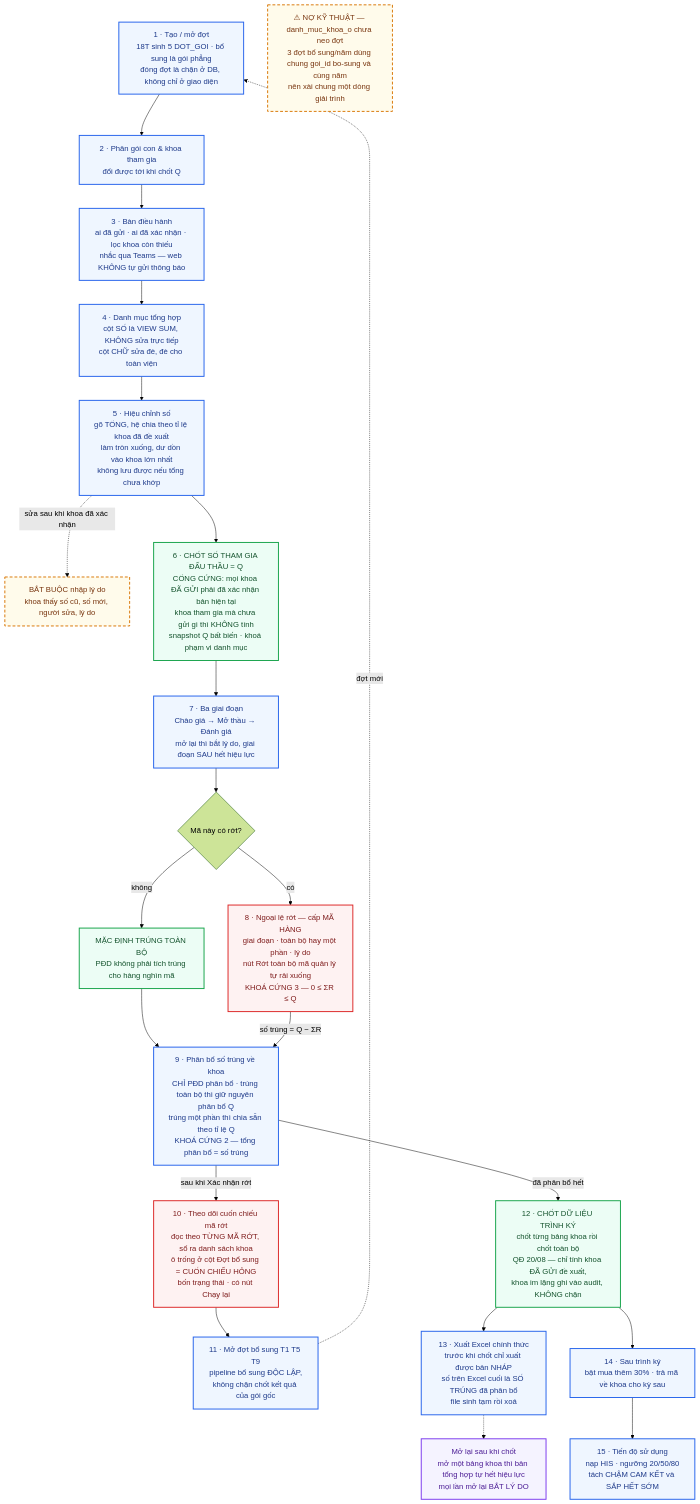
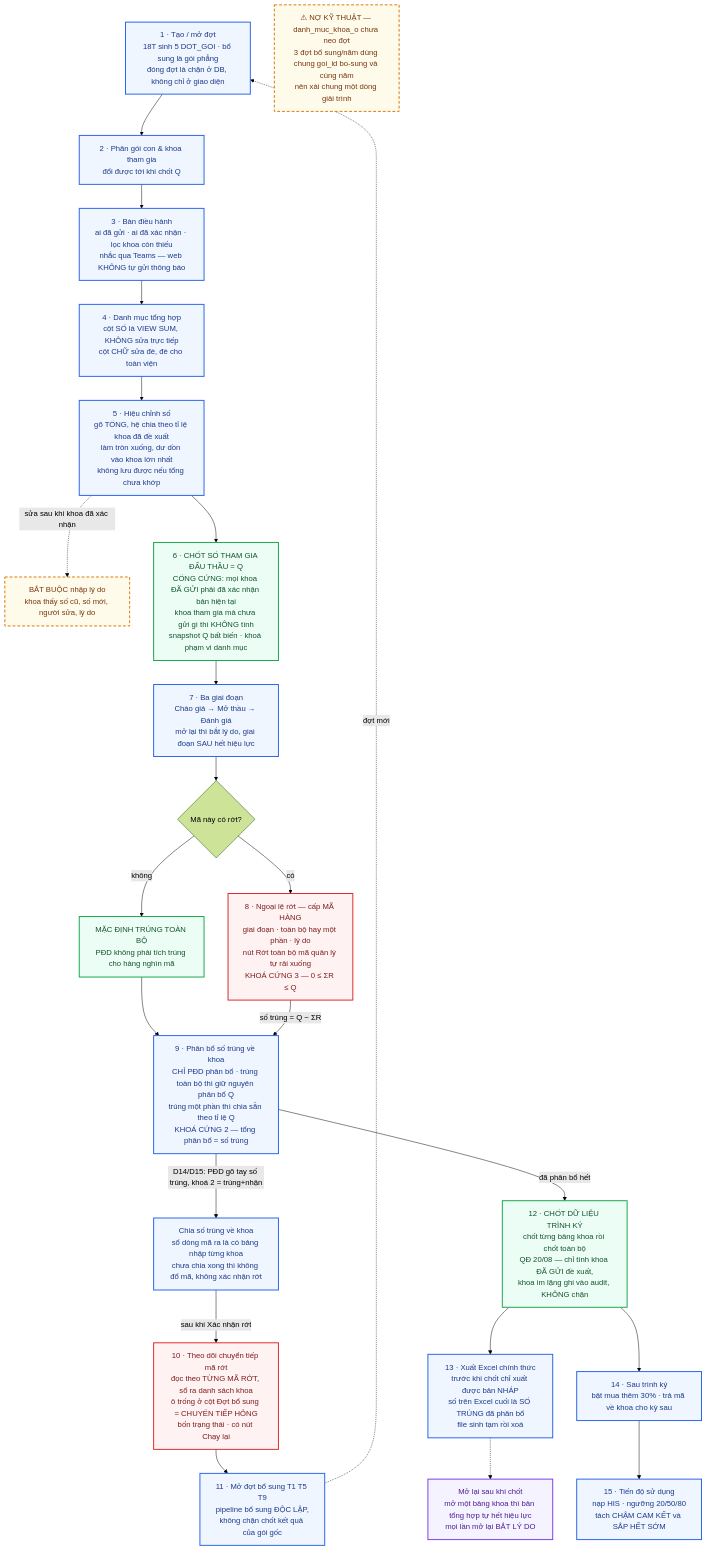
Before and after one commit to tranthanhan1626-boop/vtyt-umc: the diagram in Hướng dẫn build project/so-do-workflow/workflow-pdd.mmd, drawn with Mermaid (forest theme). The commit also changed 21 other files, not shown here.

First line of the commit message:
Đồng bộ toàn bộ tài liệu + vẽ lại sơ đồ theo D11-D15

```diff
--- a/Hướng dẫn build project/so-do-workflow/workflow-pdd.mmd
+++ b/Hướng dẫn build project/so-do-workflow/workflow-pdd.mmd
@@ -1,36 +1,37 @@
 flowchart TB
   classDef khoa fill:#E6FFFB,stroke:#0F766E,color:#134E4A,stroke-width:2px
   classDef pdd fill:#EFF6FF,stroke:#2563EB,color:#1E3A8A,stroke-width:2px
   classDef sys fill:#F5F3FF,stroke:#7C3AED,color:#4C1D95,stroke-width:2px
   classDef fail fill:#FEF2F2,stroke:#DC2626,color:#7F1D1D,stroke-width:2px
   classDef ok fill:#ECFDF5,stroke:#16A34A,color:#14532D,stroke-width:2px
   classDef gap fill:#FFFBEB,stroke:#D97706,color:#78350F,stroke-width:2px,stroke-dasharray: 6 4
 
   A1["1 · Tạo / mở đợt<br/>18T sinh 5 DOT_GOI · bổ sung là gói phẳng<br/>đóng đợt là chặn ở DB, không chỉ ở giao diện"]:::pdd
   A1 --> A2["2 · Phân gói con & khoa tham gia<br/>đổi được tới khi chốt Q"]:::pdd
   A2 --> A3["3 · Bàn điều hành<br/>ai đã gửi · ai đã xác nhận · lọc khoa còn thiếu<br/>nhắc qua Teams — web KHÔNG tự gửi thông báo"]:::pdd
   A3 --> A4["4 · Danh mục tổng hợp<br/>cột SỐ là VIEW SUM, KHÔNG sửa trực tiếp<br/>cột CHỮ sửa đè, đè cho toàn viện"]:::pdd
   A4 --> A5["5 · Hiệu chỉnh số<br/>gõ TỔNG, hệ chia theo tỉ lệ khoa đã đề xuất<br/>làm tròn xuống, dư dồn vào khoa lớn nhất<br/>không lưu được nếu tổng chưa khớp"]:::pdd
   A5 -. "sửa sau khi khoa đã xác nhận" .-> A5B["BẮT BUỘC nhập lý do<br/>khoa thấy số cũ, số mới, người sửa, lý do"]:::gap
 
   A5 --> Q["6 · CHỐT SỐ THAM GIA ĐẤU THẦU = Q<br/>CỔNG CỨNG: mọi khoa ĐÃ GỬI phải đã xác nhận bản hiện tại<br/>khoa tham gia mà chưa gửi gì thì KHÔNG tính<br/>snapshot Q bất biến · khoá phạm vi danh mục"]:::ok
   Q --> A7["7 · Ba giai đoạn<br/>Chào giá → Mở thầu → Đánh giá<br/>mở lại thì bắt lý do, giai đoạn SAU hết hiệu lực"]:::pdd
   A7 --> D1{"Mã này có rớt?"}
   D1 -->|không| WIN["MẶC ĐỊNH TRÚNG TOÀN BỘ<br/>PĐD không phải tích trúng cho hàng nghìn mã"]:::ok
   D1 -->|có| A8["8 · Ngoại lệ rớt — cấp MÃ HÀNG<br/>giai đoạn · toàn bộ hay một phần · lý do<br/>nút Rớt toàn bộ mã quản lý tự rải xuống<br/>KHOÁ CỨNG 3 — 0 ≤ ΣR ≤ Q"]:::fail
 
   WIN --> A9
   A8 -->|số trúng = Q − ΣR| A9["9 · Phân bổ số trúng về khoa<br/>CHỈ PĐD phân bổ · trúng toàn bộ thì giữ nguyên phân bổ Q<br/>trúng một phần thì chia sẵn theo tỉ lệ Q<br/>KHOÁ CỨNG 2 — tổng phân bổ = số trúng"]:::pdd
 
-  A9 -->|sau khi Xác nhận rớt| A10["10 · Theo dõi cuốn chiếu mã rớt<br/>đọc theo TỪNG MÃ RỚT, sổ ra danh sách khoa<br/>ô trống ở cột Đợt bổ sung = CUỐN CHIẾU HỎNG<br/>bốn trạng thái · có nút Chạy lại"]:::fail
+  A9 -->|D14/D15: PĐD gõ tay số trúng, khoá 2 = trúng+nhận| A9B["Chia số trúng về khoa<br/>sổ dòng mã ra là có bảng nhập từng khoa<br/>chưa chia xong thì không đổ mã, không xác nhận rớt"]:::pdd
+  A9B -->|sau khi Xác nhận rớt| A10["10 · Theo dõi chuyển tiếp mã rớt<br/>đọc theo TỪNG MÃ RỚT, sổ ra danh sách khoa<br/>ô trống ở cột Đợt bổ sung = CHUYỂN TIẾP HỎNG<br/>bốn trạng thái · có nút Chạy lại"]:::fail
   A10 --> A11["11 · Mở đợt bổ sung T1 T5 T9<br/>pipeline bổ sung ĐỘC LẬP,<br/>không chặn chốt kết quả của gói gốc"]:::pdd
   A11 -. "đợt mới" .-> A1
 
   A9 -->|đã phân bổ hết| A12["12 · CHỐT DỮ LIỆU TRÌNH KÝ<br/>chốt từng bảng khoa rồi chốt toàn bộ<br/>QĐ 20/08 — chỉ tính khoa ĐÃ GỬI đề xuất,<br/>khoa im lặng ghi vào audit, KHÔNG chặn"]:::ok
   A12 --> A13["13 · Xuất Excel chính thức<br/>trước khi chốt chỉ xuất được bản NHÁP<br/>số trên Excel cuối là SỐ TRÚNG đã phân bổ<br/>file sinh tạm rồi xoá"]:::pdd
   A13 -.-> A14["Mở lại sau khi chốt<br/>mở một bảng khoa thì bản tổng hợp tự hết hiệu lực<br/>mọi lần mở lại BẮT LÝ DO"]:::sys
 
   A12 --> A15["14 · Sau trình ký<br/>bật mua thêm 30% · trả mã về khoa cho kỳ sau"]:::pdd
   A15 --> A16["15 · Tiến độ sử dụng<br/>nạp HIS · ngưỡng 20/50/80<br/>tách CHẬM CAM KẾT và SẮP HẾT SỚM"]:::pdd
 
   DEBT["⚠ NỢ KỸ THUẬT — danh_muc_khoa_o chưa neo đợt<br/>3 đợt bổ sung/năm dùng chung goi_id bo-sung và cùng năm<br/>nên xài chung một dòng giải trình"]:::gap
```
